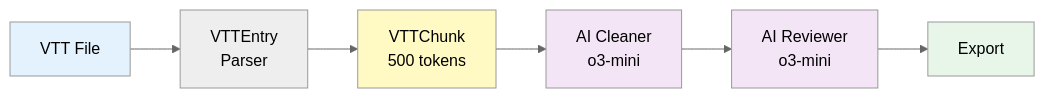
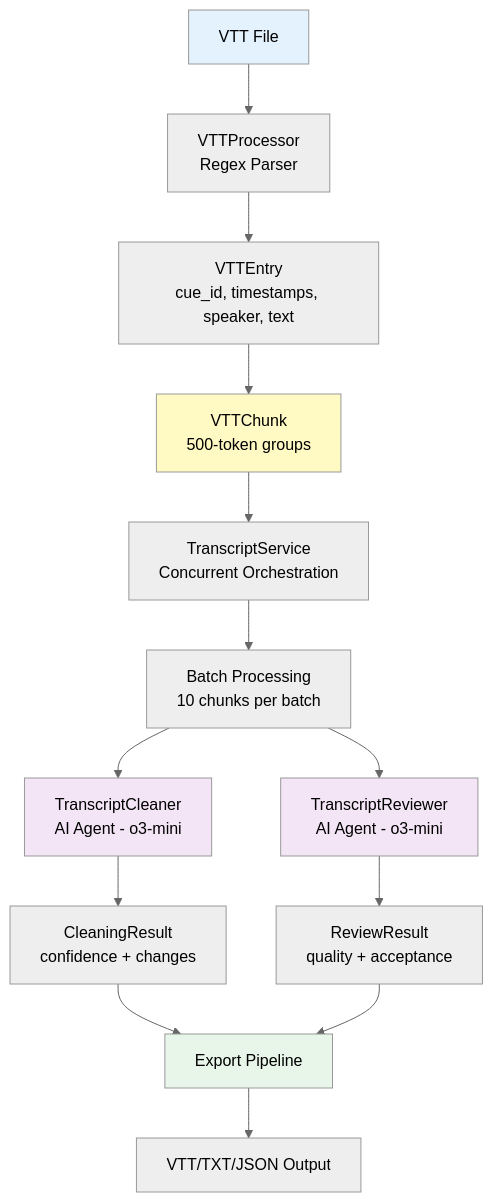
The first of 3 diagrams in README.md (denim-bluu/meeting_transcripts_cleaner), drawn with Mermaid (neutral theme) before and after one commit. The commit also changed other lines of this file and 8 other files, not shown here.

````diff
--- a/README.md
+++ b/README.md
@@ -42,14 +22,25 @@
 ```mermaid
-graph LR
-    A[VTT File] --> B[VTTEntry<br/>Parser]
-    B --> C[VTTChunk<br/>500 tokens]
-    C --> D[AI Cleaner<br/>o3-mini]
-    D --> E[AI Reviewer<br/>o3-mini]
-    E --> F[Export]
+graph TB
+    A[VTT File] --> B[VTTProcessor<br/>Regex Parser]
+    B --> C[VTTEntry<br/>cue_id, timestamps, speaker, text]
+    C --> D[VTTChunk<br/>500-token groups]
+    
+    D --> E[TranscriptService<br/>Concurrent Orchestration]
+    E --> F[Batch Processing<br/>10 chunks per batch]
+    
+    F --> G[TranscriptCleaner<br/>AI Agent - o3-mini]
+    F --> H[TranscriptReviewer<br/>AI Agent - o3-mini]
+    
+    G --> I[CleaningResult<br/>confidence + changes]
+    H --> J[ReviewResult<br/>quality + acceptance]
+    
+    I --> K[Export Pipeline]
+    J --> K
+    K --> L[VTT/TXT/JSON Output]
 
     style A fill:#e3f2fd
-    style C fill:#fff9c4
-    style D fill:#f3e5f5
-    style E fill:#f3e5f5
-    style F fill:#e8f5e9
+    style D fill:#fff9c4
+    style G fill:#f3e5f5
+    style H fill:#f3e5f5
+    style K fill:#e8f5e9
 ```
````
